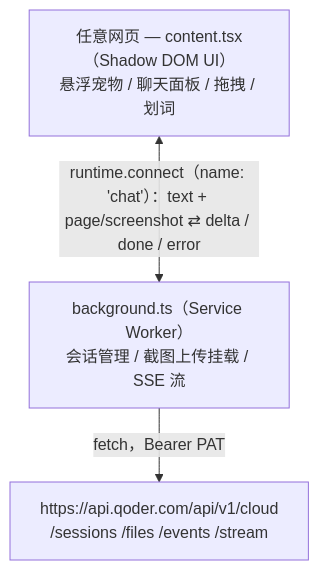
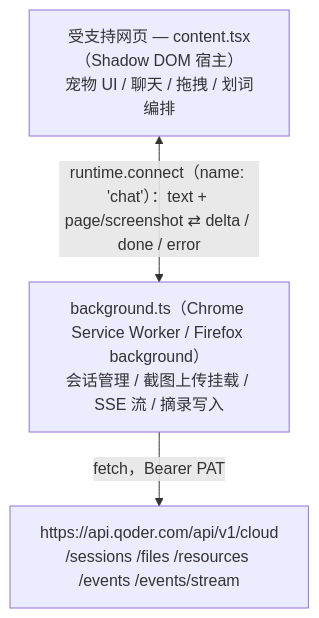
One commit to shenyankm/tab-agent changed the first of 3 diagrams in docs/ARCHITECTURE.md. Above: the diagram before and after it, drawn with Mermaid. The commit also changed other lines of this file and 3 other files, not shown here.

First line of the commit message:
docs: refresh README, AGENTS and architecture docs

````diff
--- a/docs/ARCHITECTURE.md
+++ b/docs/ARCHITECTURE.md
@@ -59,8 +59,8 @@
 ```mermaid
 flowchart TD
-    Page["任意网页 — content.tsx（Shadow DOM UI）<br/>悬浮宠物 / 聊天面板 / 拖拽 / 划词"]
-    BG["background.ts（Service Worker）<br/>会话管理 / 截图上传挂载 / SSE 流"]
-    Cloud["https://api.qoder.com/api/v1/cloud<br/>/sessions /files /events /stream"]
+    Page["受支持网页 — content.tsx（Shadow DOM 宿主）<br/>宠物 UI / 聊天 / 拖拽 / 划词编排"]
+    BG["background.ts（Chrome Service Worker / Firefox background）<br/>会话管理 / 截图上传挂载 / SSE 流 / 摘录写入"]
+    Cloud["https://api.qoder.com/api/v1/cloud<br/>/sessions /files /resources /events /events/stream"]
     Page <--> |"runtime.connect（name: 'chat'）：text + page/screenshot ⇄ delta / done / error"| BG
     BG --> |"fetch，Bearer PAT"| Cloud
 ```
````
